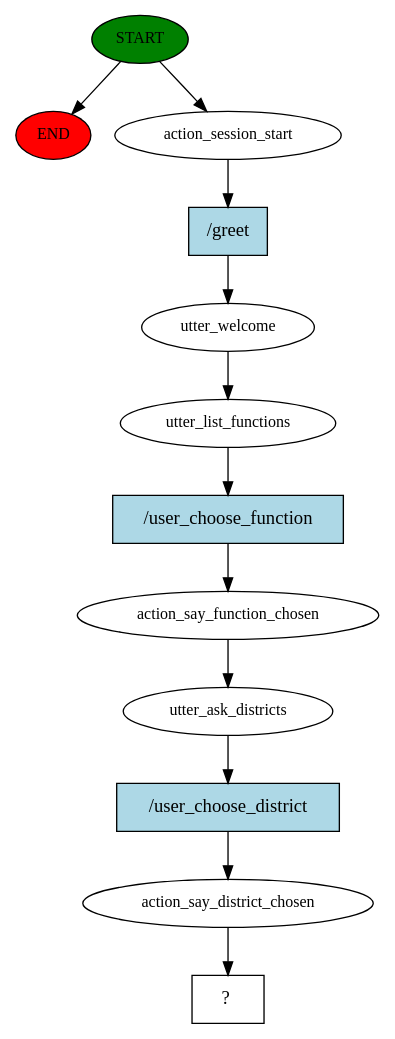
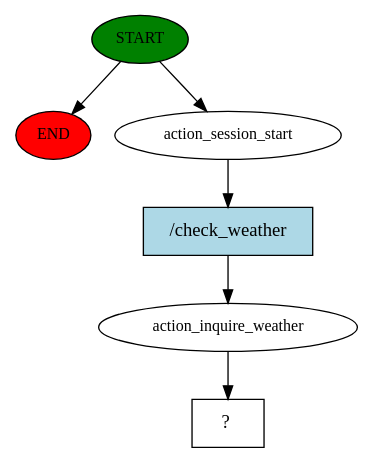
Before and after one commit to lemonJohn755/FYP_Chatbot: the diagram in story_graph.dot, drawn with Graphviz. The commit also changed 8 other files, not shown here.

```diff
--- a/story_graph.dot
+++ b/story_graph.dot
@@ -1,25 +1,13 @@
 digraph  {
 0 [class="start active", fillcolor=green, fontsize=12, label=START, style=filled];
 "-1" [class=end, fillcolor=red, fontsize=12, label=END, style=filled];
 1 [class=active, fontsize=12, label=action_session_start];
-2 [class=active, fontsize=12, label=utter_welcome];
-3 [class=active, fontsize=12, label=utter_list_functions];
-4 [class=active, fontsize=12, label=action_say_function_chosen];
-5 [class=active, fontsize=12, label=utter_ask_districts];
-6 [class=active, fontsize=12, label=action_say_district_chosen];
-7 [class="intent dashed active", label="  ?  ", shape=rect];
-8 [class="intent active", fillcolor=lightblue, label="/greet", shape=rect, style=filled];
-9 [class="intent active", fillcolor=lightblue, label="/user_choose_function", shape=rect, style=filled];
-10 [class="intent active", fillcolor=lightblue, label="/user_choose_district", shape=rect, style=filled];
+2 [class=active, fontsize=12, label=action_inquire_weather];
+3 [class="intent dashed active", label="  ?  ", shape=rect];
+4 [class="intent active", fillcolor=lightblue, label="/check_weather", shape=rect, style=filled];
 0 -> "-1"  [class="", key=NONE, label=""];
 0 -> 1  [class=active, key=NONE, label=""];
-1 -> 8  [class=active, key=0];
+1 -> 4  [class=active, key=0];
 2 -> 3  [class=active, key=NONE, label=""];
-3 -> 9  [class=active, key=0];
-4 -> 5  [class=active, key=NONE, label=""];
-5 -> 10  [class=active, key=0];
-6 -> 7  [class=active, key=NONE, label=""];
-8 -> 2  [class=active, key=0];
-9 -> 4  [class=active, key=0];
-10 -> 6  [class=active, key=0];
+4 -> 2  [class=active, key=0];
 }
```
